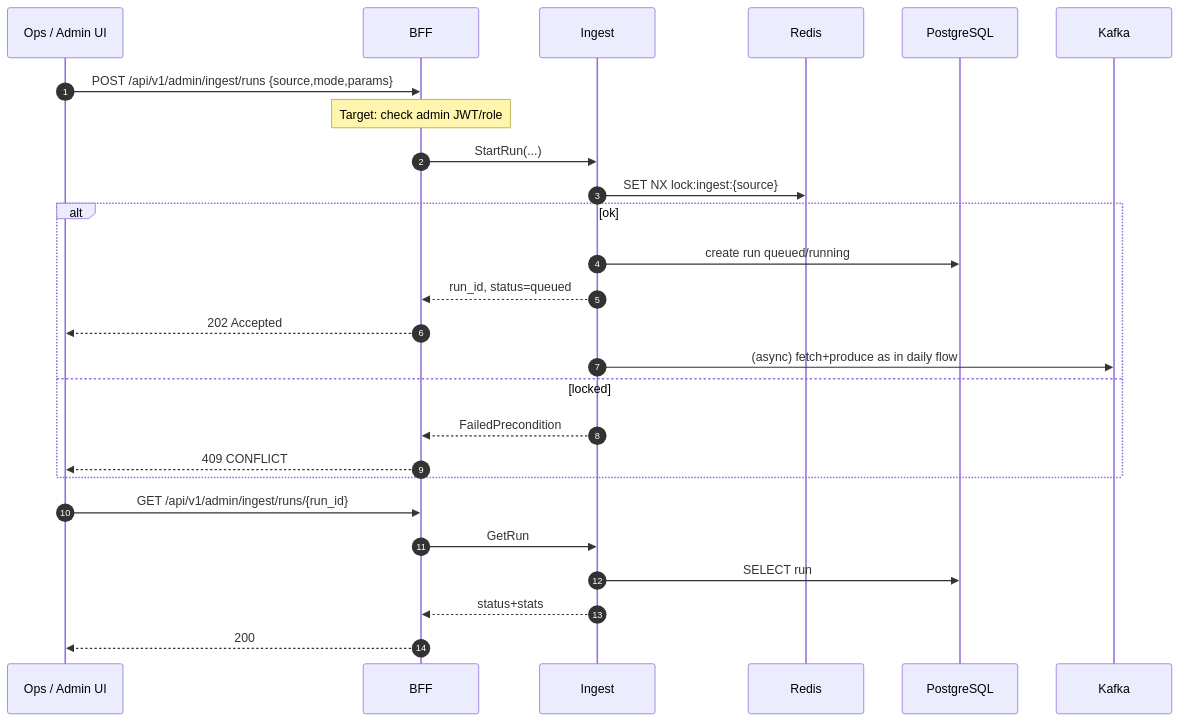
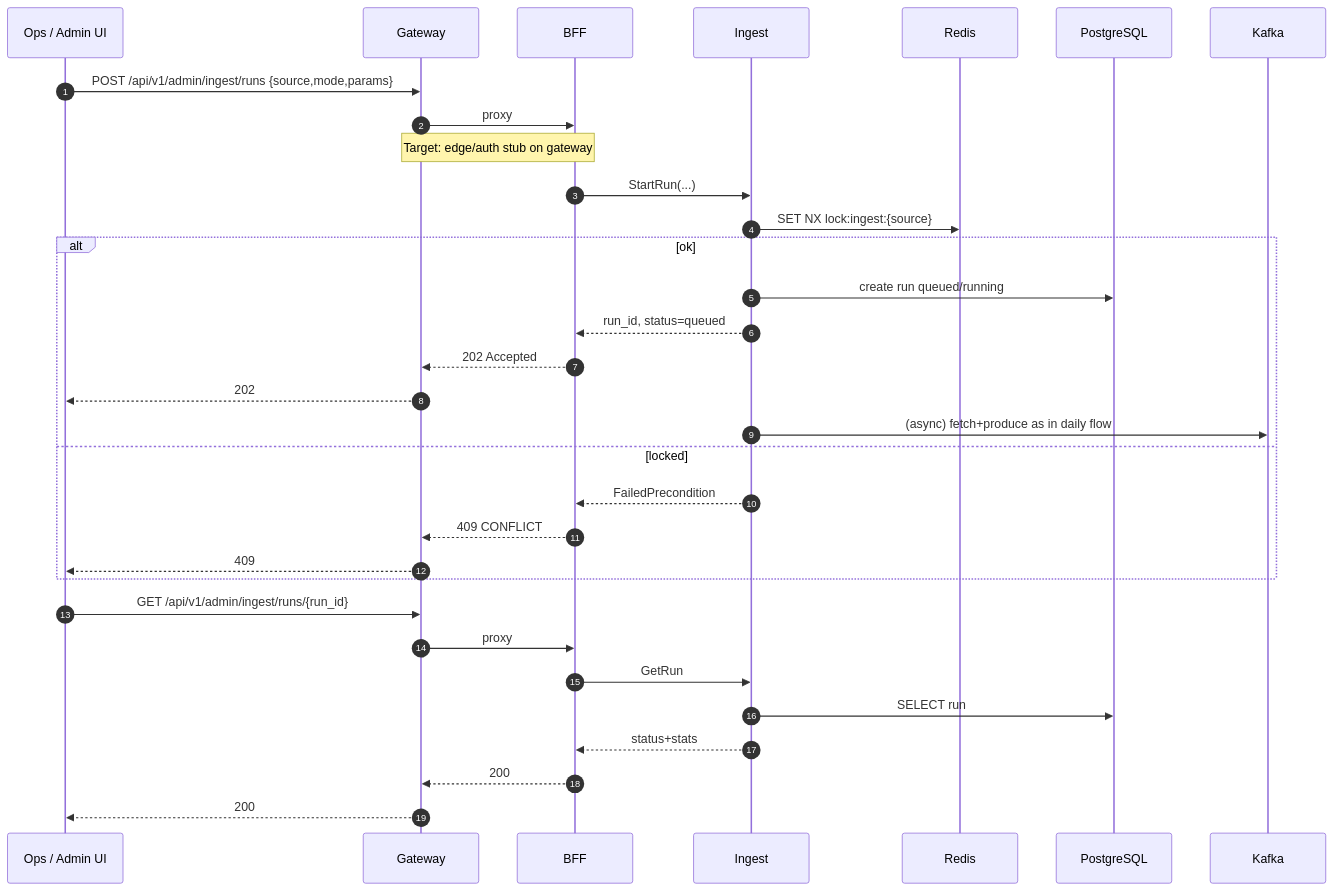
The fourth of 8 diagrams in docs/architecture/04-sequence-diagrams.md (Chuchoss/it-labor-pulse), drawn with Mermaid before and after one commit. The commit also changed other lines of this file and 38 other files, not shown here.

First line of the commit message:
feat(gateway): add edge API gateway in front of BFF

````diff
--- a/docs/architecture/04-sequence-diagrams.md
+++ b/docs/architecture/04-sequence-diagrams.md
@@ -104,30 +108,36 @@
 ```mermaid
 sequenceDiagram
   autonumber
   participant Ops as Ops / Admin UI
+  participant GW as Gateway
   participant BFF as BFF
   participant Ing as Ingest
   participant Redis as Redis
   participant PG as PostgreSQL
   participant Kafka as Kafka
 
-  Ops->>BFF: POST /api/v1/admin/ingest/runs {source,mode,params}
-  Note over BFF: Target: check admin JWT/role
+  Ops->>GW: POST /api/v1/admin/ingest/runs {source,mode,params}
+  GW->>BFF: proxy
+  Note over GW,BFF: Target: edge/auth stub on gateway
   BFF->>Ing: StartRun(...)
   Ing->>Redis: SET NX lock:ingest:{source}
   alt ok
     Ing->>PG: create run queued/running
     Ing-->>BFF: run_id, status=queued
-    BFF-->>Ops: 202 Accepted
+    BFF-->>GW: 202 Accepted
+    GW-->>Ops: 202
     Ing->>Kafka: (async) fetch+produce as in daily flow
   else locked
     Ing-->>BFF: FailedPrecondition
-    BFF-->>Ops: 409 CONFLICT
+    BFF-->>GW: 409 CONFLICT
+    GW-->>Ops: 409
   end
 
-  Ops->>BFF: GET /api/v1/admin/ingest/runs/{run_id}
+  Ops->>GW: GET /api/v1/admin/ingest/runs/{run_id}
+  GW->>BFF: proxy
   BFF->>Ing: GetRun
   Ing->>PG: SELECT run
   Ing-->>BFF: status+stats
-  BFF-->>Ops: 200
+  BFF-->>GW: 200
+  GW-->>Ops: 200
 ```
````
